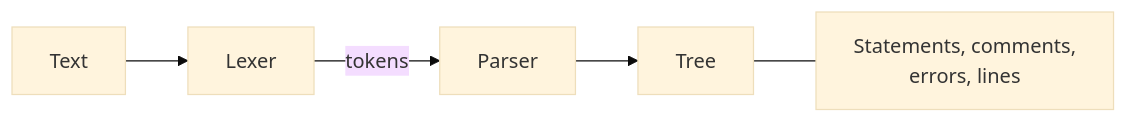
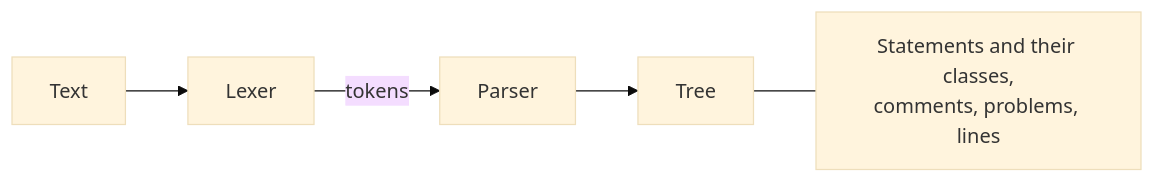
The diagram in internal/jomini/README.md (idodavis/paradox-modding-tools), drawn with Mermaid (base theme) before and after one commit. The commit also changed other lines of this file and 32 other files, not shown here.

````diff
--- a/internal/jomini/README.md
+++ b/internal/jomini/README.md
@@ -15,7 +16,7 @@
 ```mermaid
 flowchart LR
   text["Text"] --> lexer["Lexer"]
   lexer -->|tokens| parser["Parser"]
   parser --> tree["Tree"]
-  tree --- parts["Statements, comments,<br/>errors, lines"]
+  tree --- parts["Statements and their classes,<br/>comments, problems, lines"]
 ```
````
